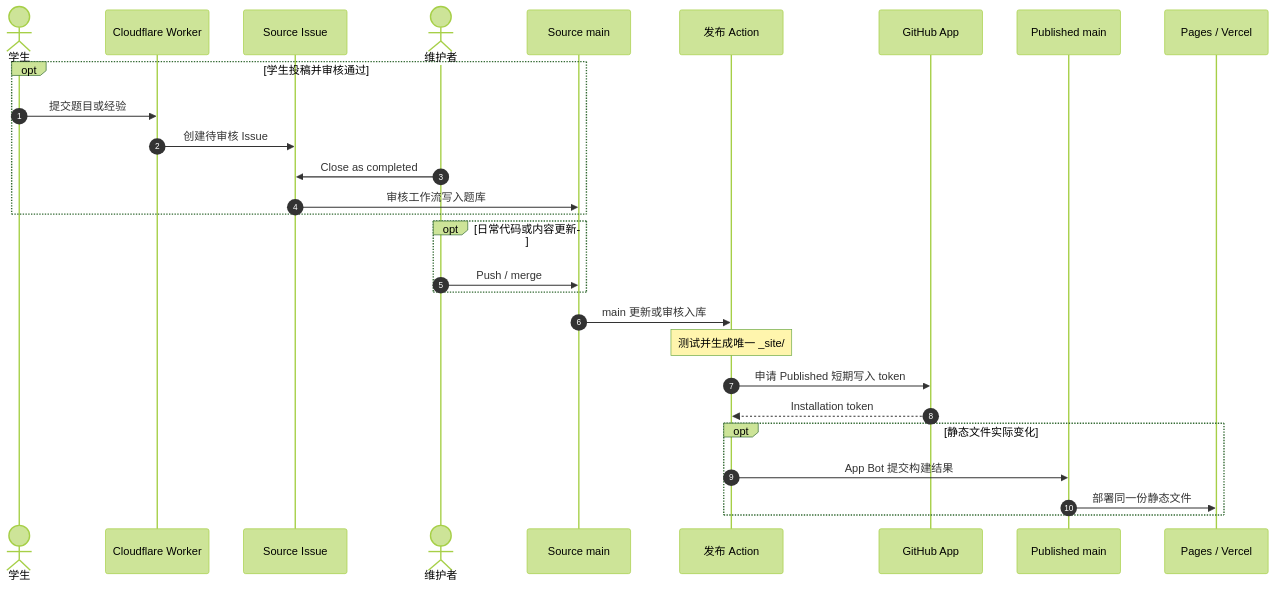
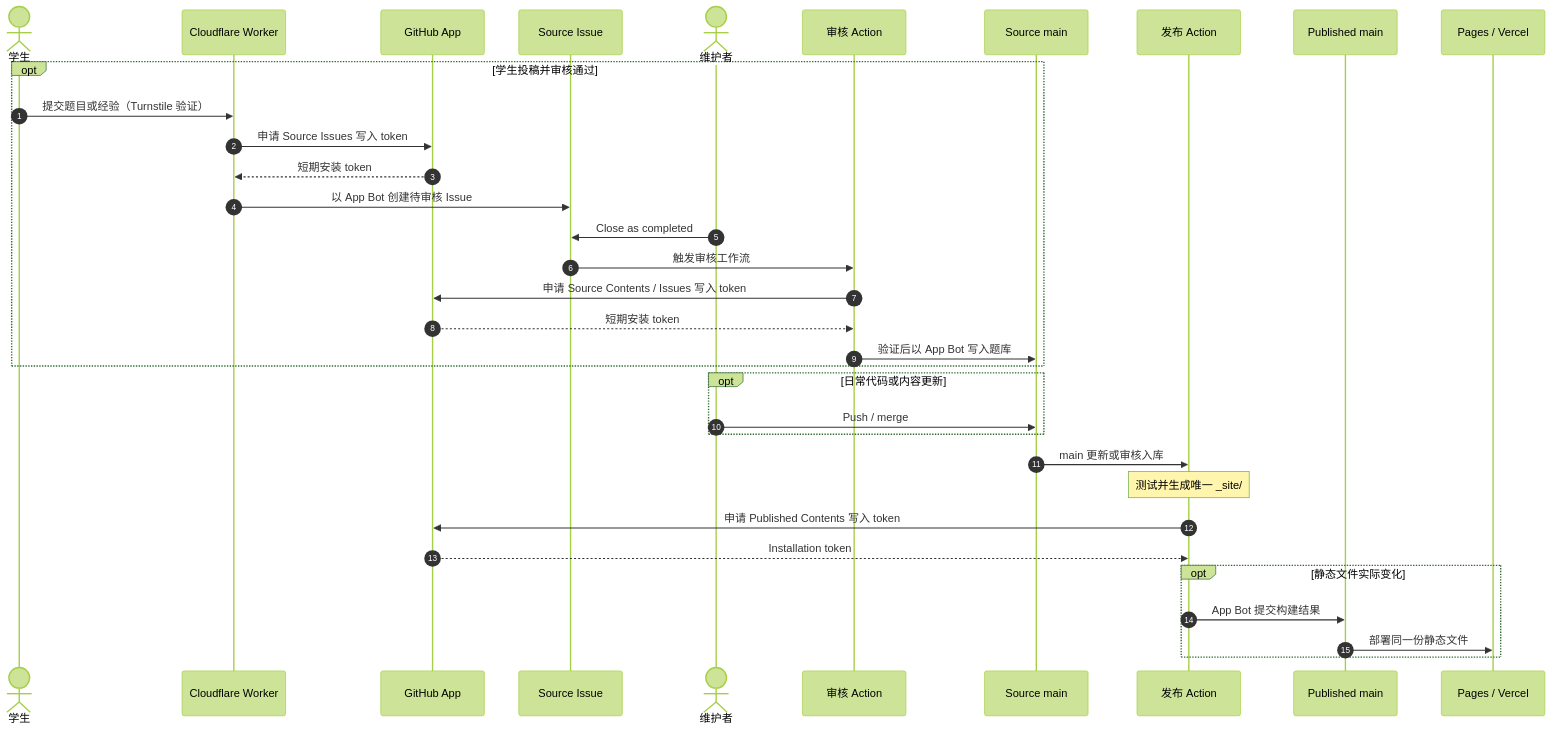
Before and after one commit to HKUST-ELPA/HKUST-ELPA: the diagram in README.md, drawn with Mermaid (forest theme). The commit also changed other lines of this file and 1 other file, not shown here.

Commit message:
docs: clarify GitHub App submission and publication flow (#91)

````diff
--- a/README.md
+++ b/README.md
@@ -59,31 +59,37 @@
 ```mermaid
 sequenceDiagram
     autonumber
     actor Student as 学生
     participant Worker as Cloudflare Worker
+    participant App as GitHub App
     participant Issue as Source Issue
     actor Maintainer as 维护者
+    participant Review as 审核 Action
     participant Source as Source main
     participant Action as 发布 Action
-    participant App as GitHub App
     participant Published as Published main
     participant Hosts as Pages / Vercel
 
     opt 学生投稿并审核通过
-        Student->>Worker: 提交题目或经验
-        Worker->>Issue: 创建待审核 Issue
+        Student->>Worker: 提交题目或经验（Turnstile 验证）
+        Worker->>App: 申请 Source Issues 写入 token
+        App-->>Worker: 短期安装 token
+        Worker->>Issue: 以 App Bot 创建待审核 Issue
         Maintainer->>Issue: Close as completed
-        Issue->>Source: 审核工作流写入题库
+        Issue->>Review: 触发审核工作流
+        Review->>App: 申请 Source Contents / Issues 写入 token
+        App-->>Review: 短期安装 token
+        Review->>Source: 验证后以 App Bot 写入题库
     end
     opt 日常代码或内容更新
         Maintainer->>Source: Push / merge
     end
     Source->>Action: main 更新或审核入库
     Note over Action: 测试并生成唯一 _site/
-    Action->>App: 申请 Published 短期写入 token
+    Action->>App: 申请 Published Contents 写入 token
     App-->>Action: Installation token
     opt 静态文件实际变化
         Action->>Published: App Bot 提交构建结果
         Published->>Hosts: 部署同一份静态文件
     end
 ```
````
